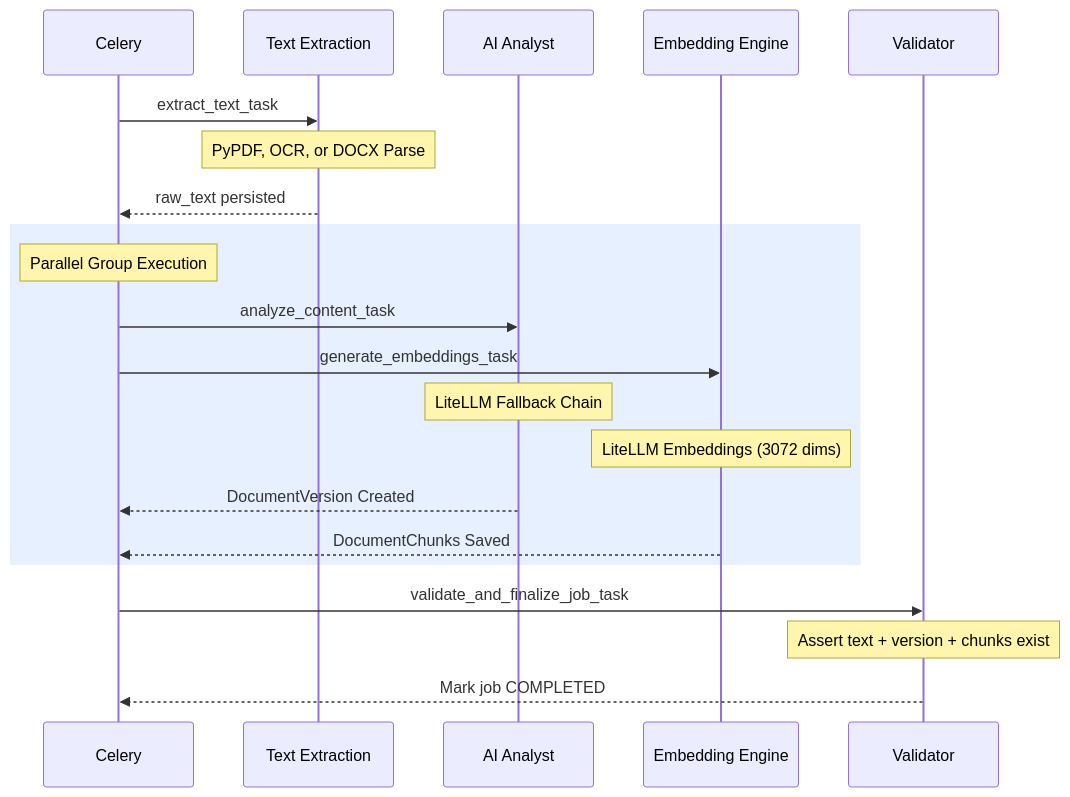
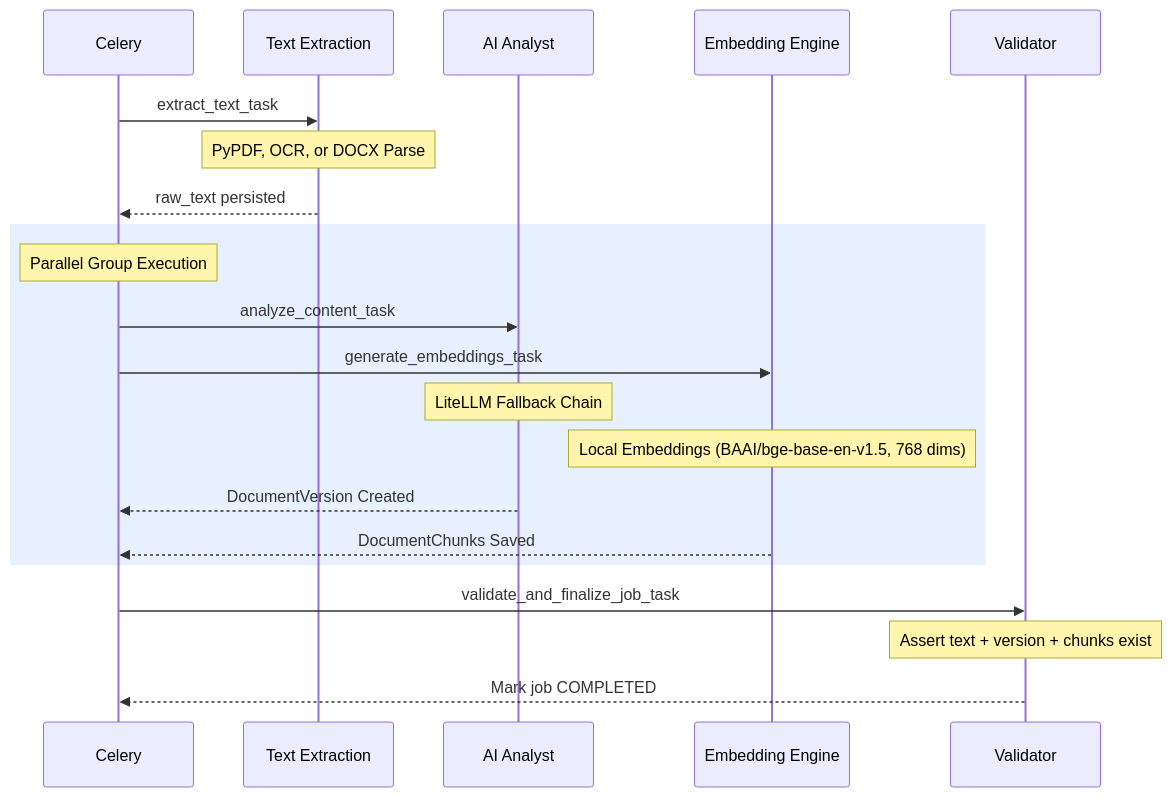
The second of 4 diagrams in docs/project_documentation_guide.md (farhan-mahi-sazim/AIPCPP-BE-Mahi-Onboarding), drawn with Mermaid before and after one commit. The commit also changed other lines of this file and 16 other files, not shown here.

````diff
--- a/docs/project_documentation_guide.md
+++ b/docs/project_documentation_guide.md
@@ -146,26 +146,26 @@
 ```mermaid
 sequenceDiagram
     participant Celery
     participant Extractor as Text Extraction
     participant Analyzer as AI Analyst
     participant Embedder as Embedding Engine
     participant Finalizer as Validator
 
     Celery->>Extractor: extract_text_task
     Note over Extractor: PyPDF, OCR, or DOCX Parse
     Extractor-->>Celery: raw_text persisted
 
     rect rgb(230, 240, 255)
         Note over Celery: Parallel Group Execution
         Celery->>Analyzer: analyze_content_task
         Celery->>Embedder: generate_embeddings_task
         Note over Analyzer: LiteLLM Fallback Chain
-        Note over Embedder: LiteLLM Embeddings (3072 dims)
+        Note over Embedder: Local Embeddings (BAAI/bge-base-en-v1.5, 768 dims)
         Analyzer-->>Celery: DocumentVersion Created
         Embedder-->>Celery: DocumentChunks Saved
     end
 
     Celery->>Finalizer: validate_and_finalize_job_task
     Note over Finalizer: Assert text + version + chunks exist
     Finalizer-->>Celery: Mark job COMPLETED
 ```
````
